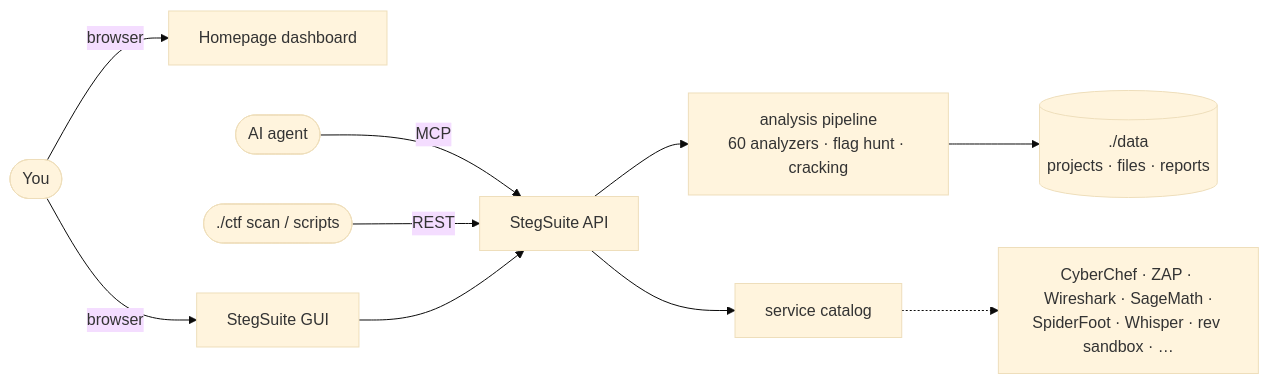
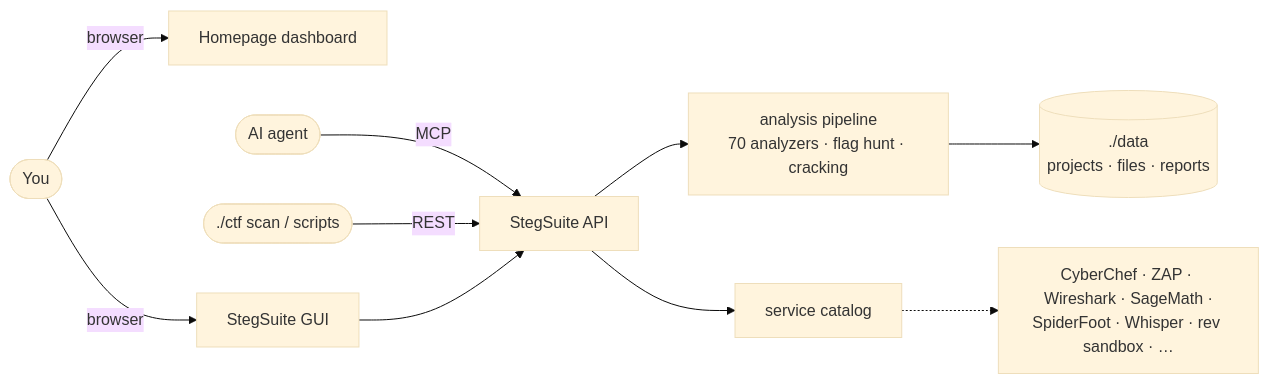
The diagram in README.md (dexRand/ctf-docker), drawn with Mermaid (base theme) before and after one commit. The commit also changed other lines of this file and 2 other files, not shown here.

First line of the commit message:
docs+fix: backfill MIME at startup, unique display_order, README at 70 analyzers

````diff
--- a/README.md
+++ b/README.md
@@ -87,12 +87,12 @@
 ```mermaid
 flowchart LR
   you([You]) -->|browser| dash[Homepage dashboard]
   you -->|browser| ss[StegSuite GUI]
   agent([AI agent]) -->|MCP| api
   cli([./ctf scan / scripts]) -->|REST| api
   ss --> api[StegSuite API]
-  api --> pipe[analysis pipeline<br/>60 analyzers · flag hunt · cracking]
+  api --> pipe[analysis pipeline<br/>70 analyzers · flag hunt · cracking]
   pipe --> data[(./data<br/>projects · files · reports)]
   api --> svc[service catalog]
   svc -.-> tools[CyberChef · ZAP · Wireshark · SageMath ·<br/>SpiderFoot · Whisper · rev sandbox · …]
 ```
````
